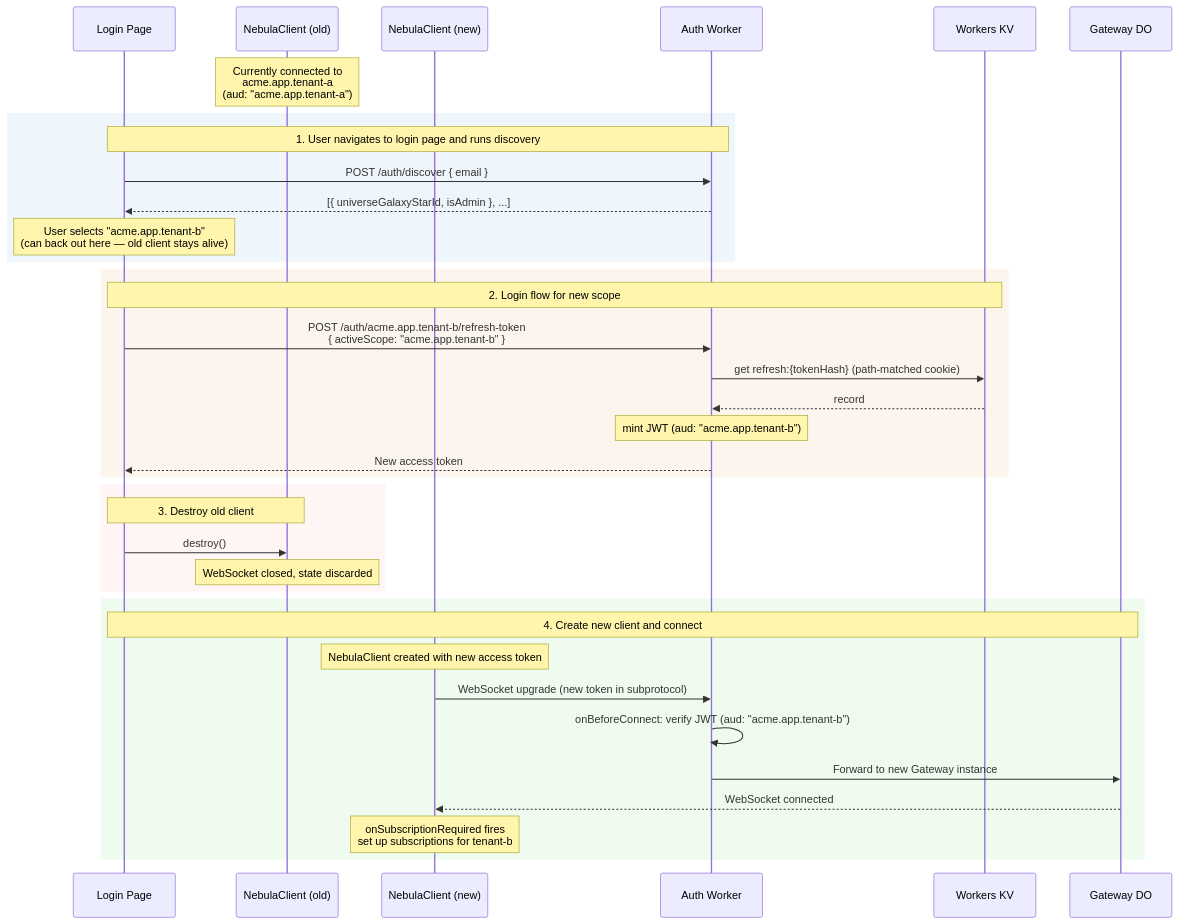
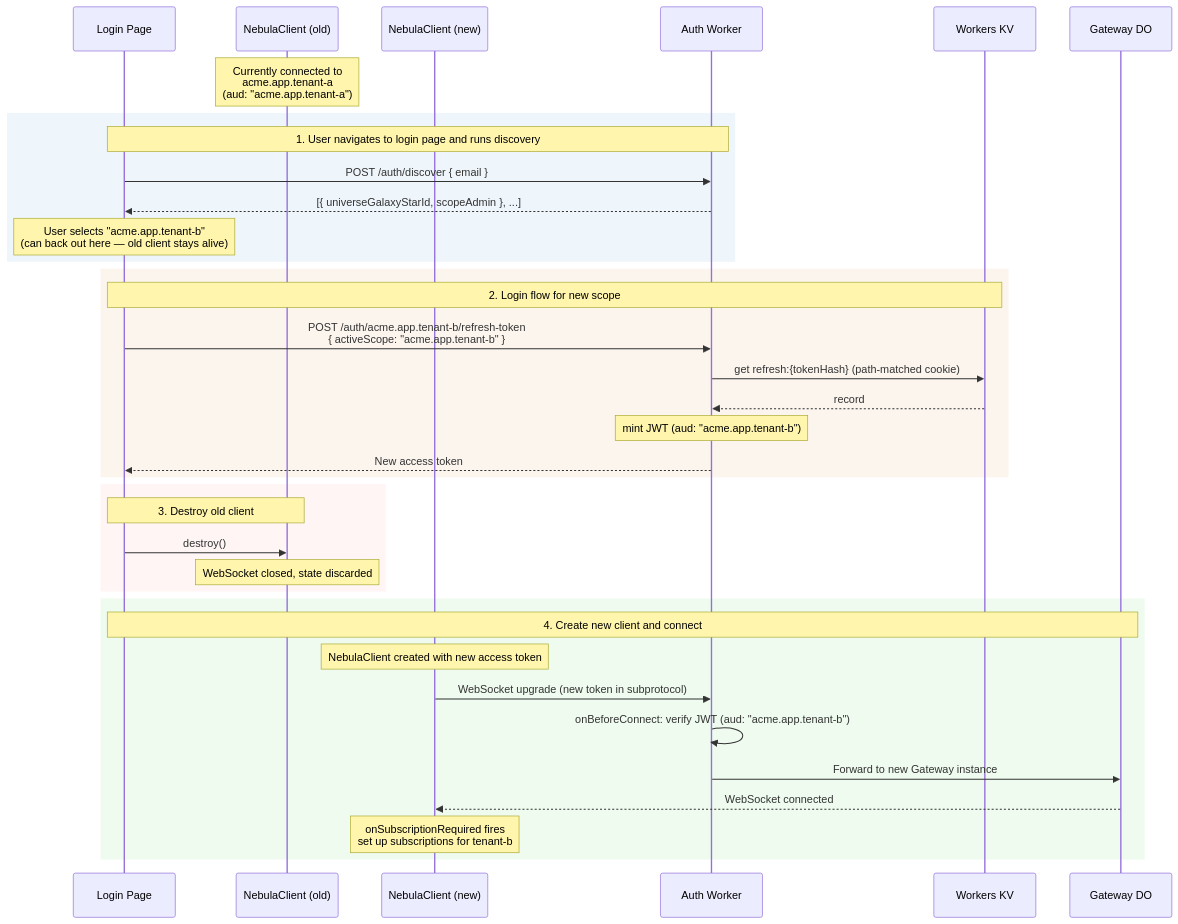
One commit to lumenize/lumenize changed the third of 6 diagrams in website/docs/nebula/auth-flows.md. Above: the diagram before and after it, drawn with Mermaid. The commit also changed other lines of this file and 2 other files, not shown here.

First line of the commit message:
docs: propagate the own-scope invite rule

````diff
--- a/website/docs/nebula/auth-flows.md
+++ b/website/docs/nebula/auth-flows.md
@@ -154,43 +154,43 @@
 ```mermaid
 sequenceDiagram
     participant UI as Login Page
     participant NC1 as NebulaClient (old)
     participant NC2 as NebulaClient (new)
     participant W as Auth Worker
     participant KV as Workers KV
     participant GW as Gateway DO
 
     Note over NC1: Currently connected to<br/>acme.app.tenant-a<br/>(aud: "acme.app.tenant-a")
 
     rect rgba(200, 220, 240, 0.3)
         Note over UI,W: 1. User navigates to login page and runs discovery
         UI->>W: POST /auth/discover { email }
-        W-->>UI: [{ universeGalaxyStarId, isAdmin }, ...]
+        W-->>UI: [{ universeGalaxyStarId, scopeAdmin }, ...]
         Note over UI: User selects "acme.app.tenant-b"<br/>(can back out here — old client stays alive)
     end
 
     rect rgba(240, 220, 200, 0.3)
         Note over UI,KV: 2. Login flow for new scope
         UI->>W: POST /auth/acme.app.tenant-b/refresh-token<br/>{ activeScope: "acme.app.tenant-b" }
         W->>KV: get refresh:{tokenHash} (path-matched cookie)
         KV-->>W: record
         Note over W: mint JWT (aud: "acme.app.tenant-b")
         W-->>UI: New access token
     end
 
     rect rgba(255, 220, 220, 0.3)
         Note over UI,NC1: 3. Destroy old client
         UI->>NC1: destroy()
         Note over NC1: WebSocket closed, state discarded
     end
 
     rect rgba(200, 240, 200, 0.3)
         Note over UI,GW: 4. Create new client and connect
         Note over NC2: NebulaClient created with new access token
         NC2->>W: WebSocket upgrade (new token in subprotocol)
         W->>W: onBeforeConnect: verify JWT (aud: "acme.app.tenant-b")
         W->>GW: Forward to new Gateway instance
         GW-->>NC2: WebSocket connected
         Note over NC2: onSubscriptionRequired fires<br/>set up subscriptions for tenant-b
     end
 ```
````
